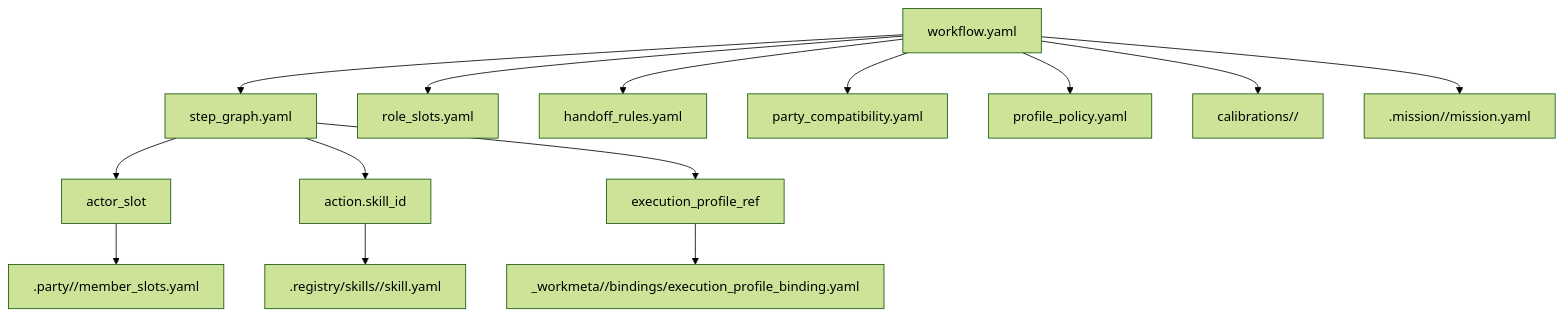
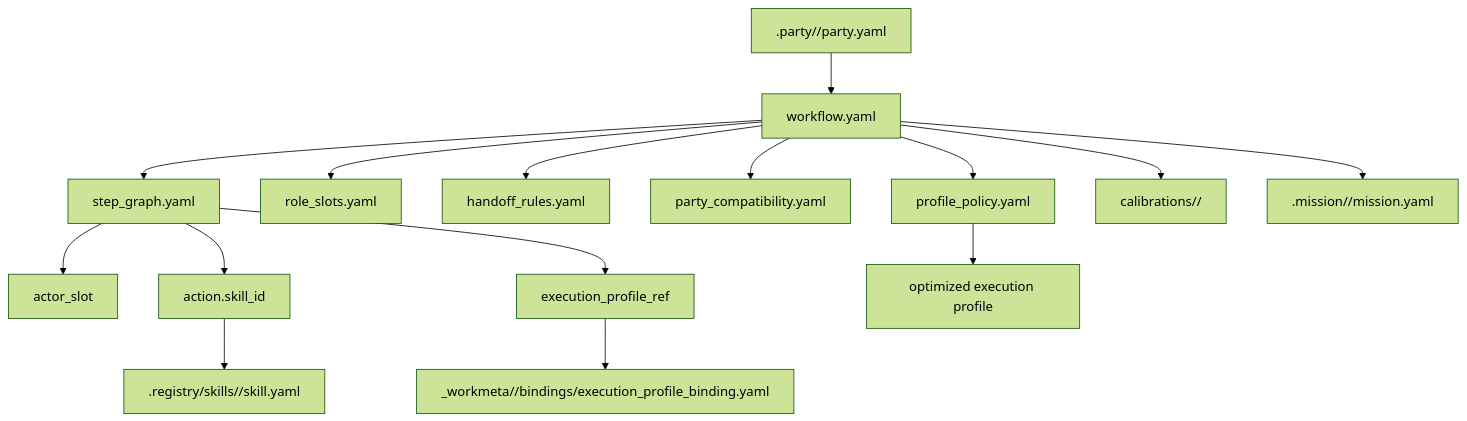
One commit to SungYongMOON/soulforge changed the first of 2 diagrams in .workflow/README.md. Above: the diagram before and after it, drawn with Mermaid (forest theme). The commit also changed other lines of this file and 91 other files, not shown here.

````diff
--- a/.workflow/README.md
+++ b/.workflow/README.md
@@ -35,16 +36,17 @@
 ```mermaid
 flowchart TD
   WF["workflow.yaml"] --> SG["step_graph.yaml"]
   WF --> RS["role_slots.yaml"]
   WF --> HH["handoff_rules.yaml"]
   WF --> PC["party_compatibility.yaml"]
   WF --> PP["profile_policy.yaml"]
   WF --> CAL["calibrations/<calibration_id>/"]
   WF --> MI[".mission/<mission_id>/mission.yaml"]
   SG --> SLOT["actor_slot"]
   SG --> SK["action.skill_id"]
   SG --> EP["execution_profile_ref"]
-  SLOT --> PT[".party/<party_id>/member_slots.yaml"]
+  PT[".party/<party_id>/party.yaml"] --> WF
   SK --> REG[".registry/skills/<skill_id>/skill.yaml"]
   EP --> BIND["_workmeta/<project_code>/bindings/execution_profile_binding.yaml"]
+  PP --> OPT["optimized execution profile"]
 ```
````
